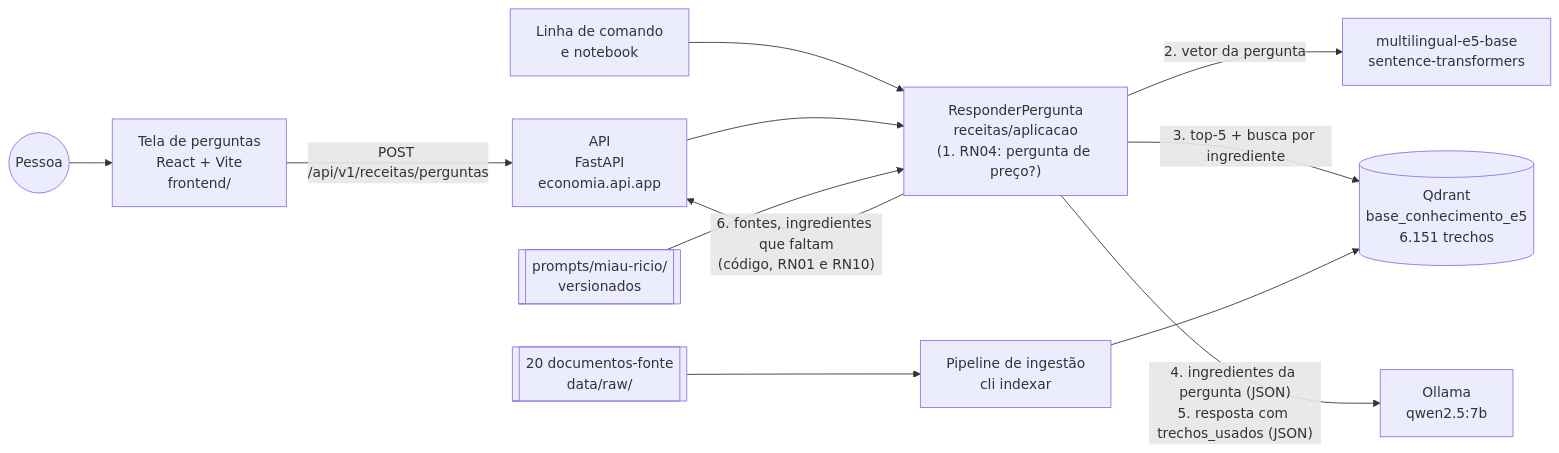
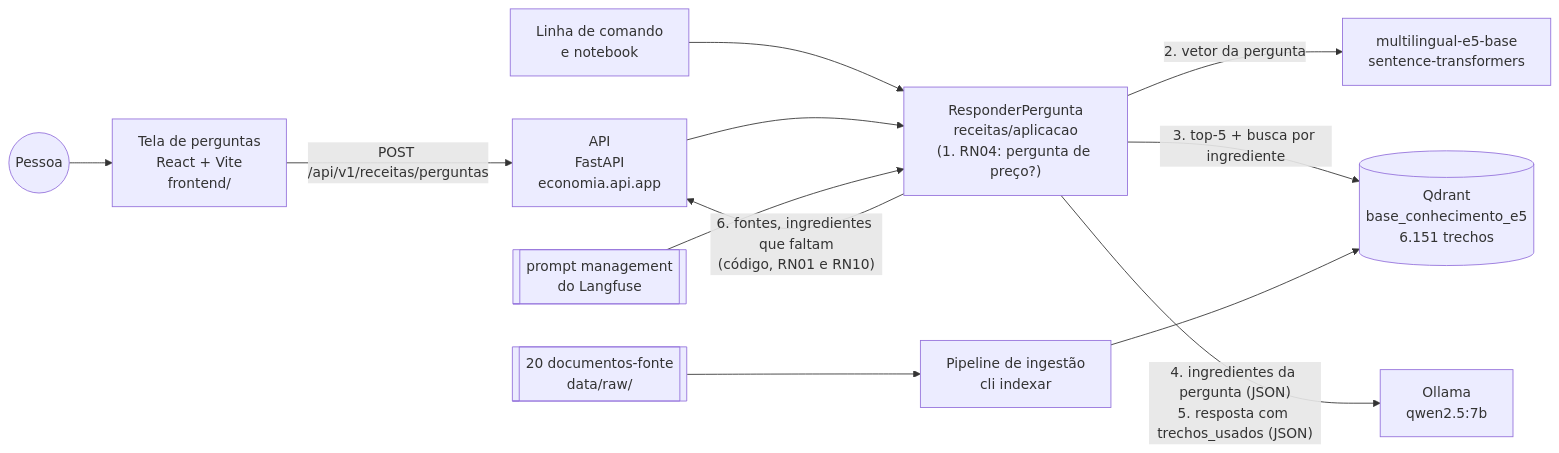
The second of 3 diagrams in docs/arquitetura/visao-geral.md (challenge2-qualidade-vida/challenge2-qualidade-de-vida), drawn with Mermaid before and after one commit. The commit also changed other lines of this file and 5 other files, not shown here.

Commit message:
docs(decisoes): mantém os prompts só no prompt management do Langfuse

````diff
--- a/docs/arquitetura/visao-geral.md
+++ b/docs/arquitetura/visao-geral.md
@@ -57,14 +57,14 @@
 ```mermaid
 flowchart LR
     Pessoa((Pessoa)) --> Tela["Tela de perguntas<br/>React + Vite<br/>frontend/"]
     Tela -->|"POST /api/v1/receitas/perguntas"| API["API<br/>FastAPI<br/>economia.api.app"]
     CLI["Linha de comando<br/>e notebook"] --> Caso
     API --> Caso["ResponderPergunta<br/>receitas/aplicacao<br/>(1. RN04: pergunta de preço?)"]
     Caso -->|"2. vetor da pergunta"| E5["multilingual-e5-base<br/>sentence-transformers"]
     Caso -->|"3. top-5 + busca por ingrediente"| Qdrant[("Qdrant<br/>base_conhecimento_e5<br/>6.151 trechos")]
     Caso -->|"4. ingredientes da pergunta (JSON)<br/>5. resposta com trechos_usados (JSON)"| Ollama["Ollama<br/>qwen2.5:7b"]
     Caso -->|"6. fontes, ingredientes que faltam<br/>(código, RN01 e RN10)"| API
     Indexacao["Pipeline de ingestão<br/>cli indexar"] --> Qdrant
     Fontes[["20 documentos-fonte<br/>data/raw/"]] --> Indexacao
-    Prompts[["prompts/miau-ricio/<br/>versionados"]] --> Caso
+    Prompts[["prompt management<br/>do Langfuse"]] --> Caso
 ```
````
